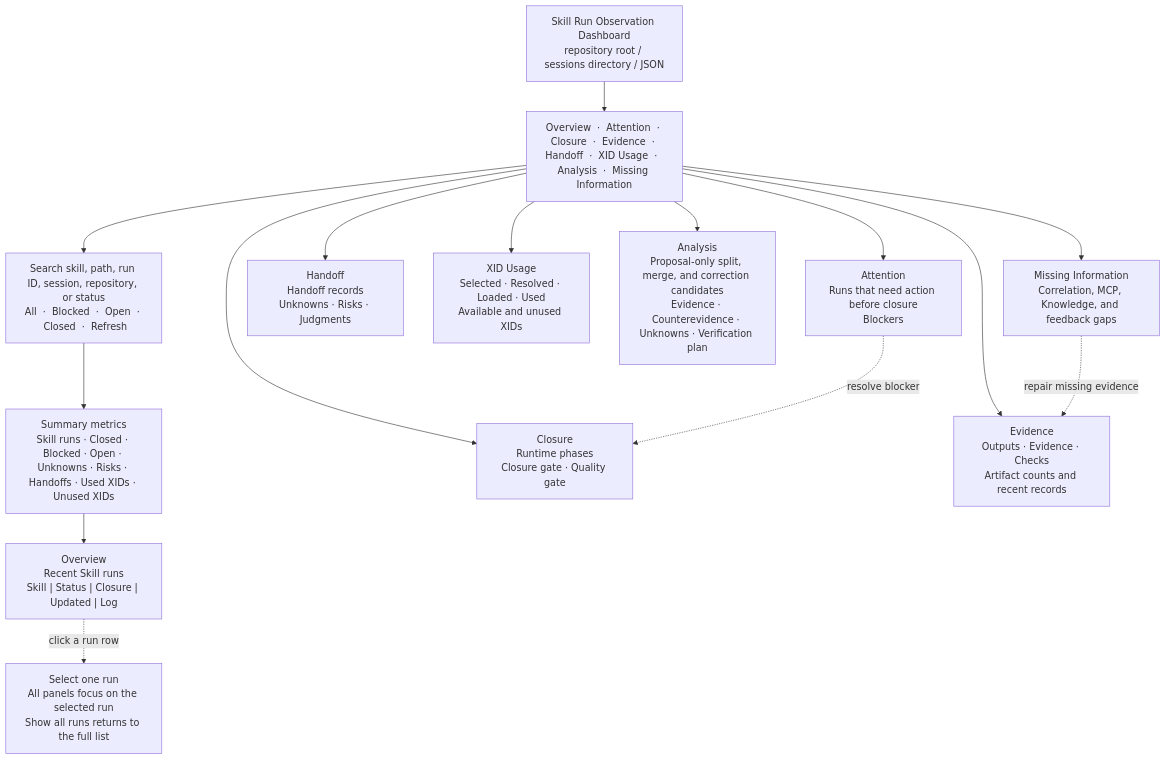
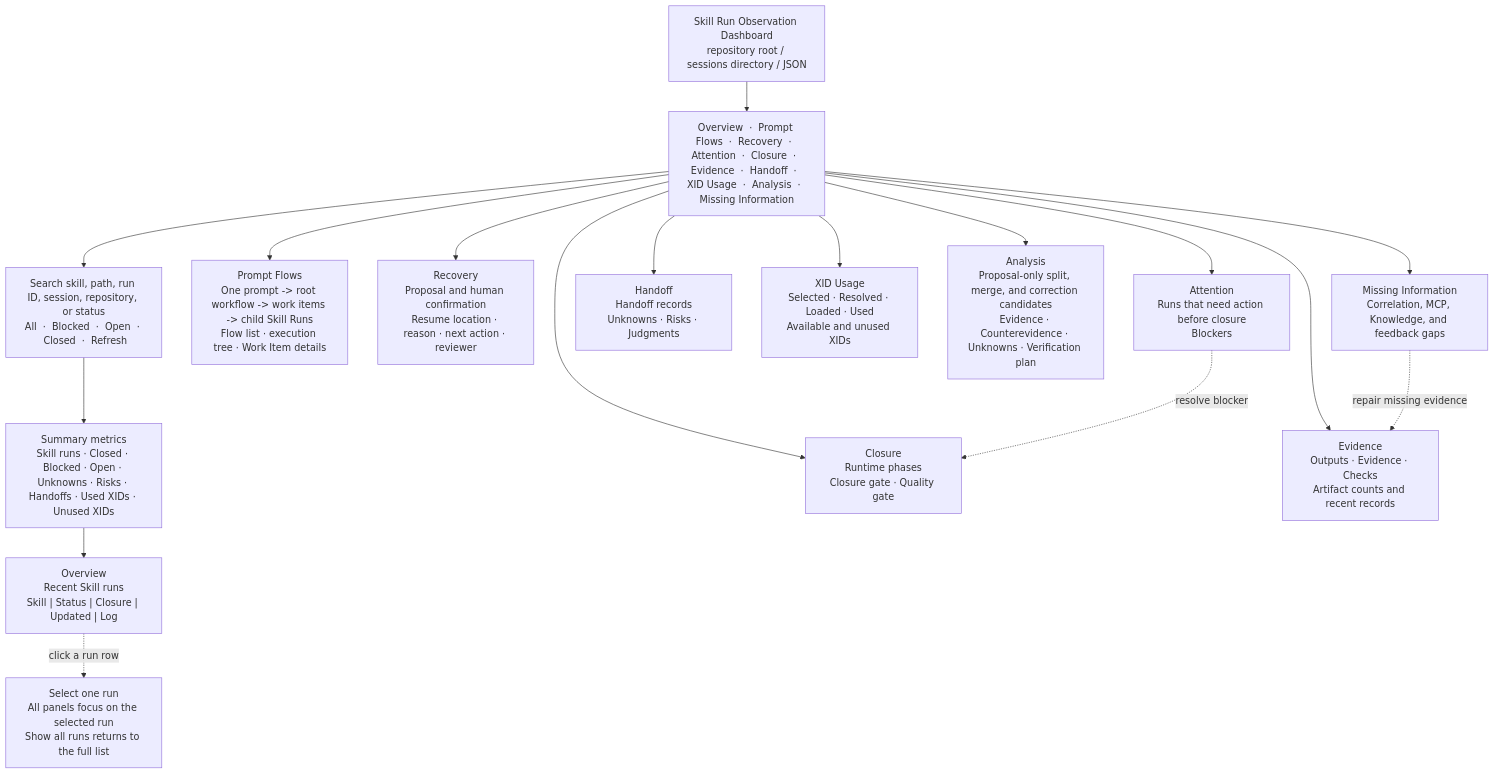
The diagram in docs/guides/086_skill_run_observation_dashboard_usage.md (synthaicode/XRefKit), drawn with Mermaid before and after one commit. The commit also changed other lines of this file and 26 other files, not shown here.

Commit message:
Add prompt-rooted Skill Flow governance and Dashboard traceability (#112)

````diff
--- a/docs/guides/086_skill_run_observation_dashboard_usage.md
+++ b/docs/guides/086_skill_run_observation_dashboard_usage.md
@@ -34,28 +43,32 @@
 ```mermaid
 flowchart TB
     H["Skill Run Observation Dashboard<br/>repository root / sessions directory / JSON"]
-    N["Overview  ·  Attention  ·  Closure  ·  Evidence  ·  Handoff  ·  XID Usage  ·  Analysis  ·  Missing Information"]
+    N["Overview  ·  Prompt Flows  ·  Recovery  ·  Attention  ·  Closure  ·  Evidence  ·  Handoff  ·  XID Usage  ·  Analysis  ·  Missing Information"]
     F["Search skill, path, run ID, session, repository, or status<br/>All  ·  Blocked  ·  Open  ·  Closed  ·  Refresh"]
     M["Summary metrics<br/>Skill runs · Closed · Blocked · Open · Unknowns · Risks · Handoffs · Used XIDs · Unused XIDs"]
     O["Overview<br/>Recent Skill runs<br/>Skill | Status | Closure | Updated | Log"]
+    P["Prompt Flows<br/>One prompt -> root workflow -> work items -> child Skill Runs<br/>Flow list · execution tree · Work Item details"]
+    R["Recovery<br/>Proposal and human confirmation<br/>Resume location · reason · next action · reviewer"]
     A["Attention<br/>Runs that need action before closure<br/>Blockers"]
     C["Closure<br/>Runtime phases<br/>Closure gate · Quality gate"]
     E["Evidence<br/>Outputs · Evidence · Checks<br/>Artifact counts and recent records"]
     W["Handoff<br/>Handoff records<br/>Unknowns · Risks · Judgments"]
     X["XID Usage<br/>Selected · Resolved · Loaded · Used<br/>Available and unused XIDs"]
     B["Analysis<br/>Proposal-only split, merge, and correction candidates<br/>Evidence · Counterevidence · Unknowns · Verification plan"]
     I["Missing Information<br/>Correlation, MCP, Knowledge, and feedback gaps"]
     S["Select one run<br/>All panels focus on the selected run<br/>Show all runs returns to the full list"]
 
     H --> N --> F --> M --> O
+    N --> P
+    N --> R
     N --> A
     N --> C
     N --> E
     N --> W
     N --> X
     N --> B
     N --> I
     O -. "click a run row" .-> S
     A -. "resolve blocker" .-> C
     I -. "repair missing evidence" .-> E
 ```
````
